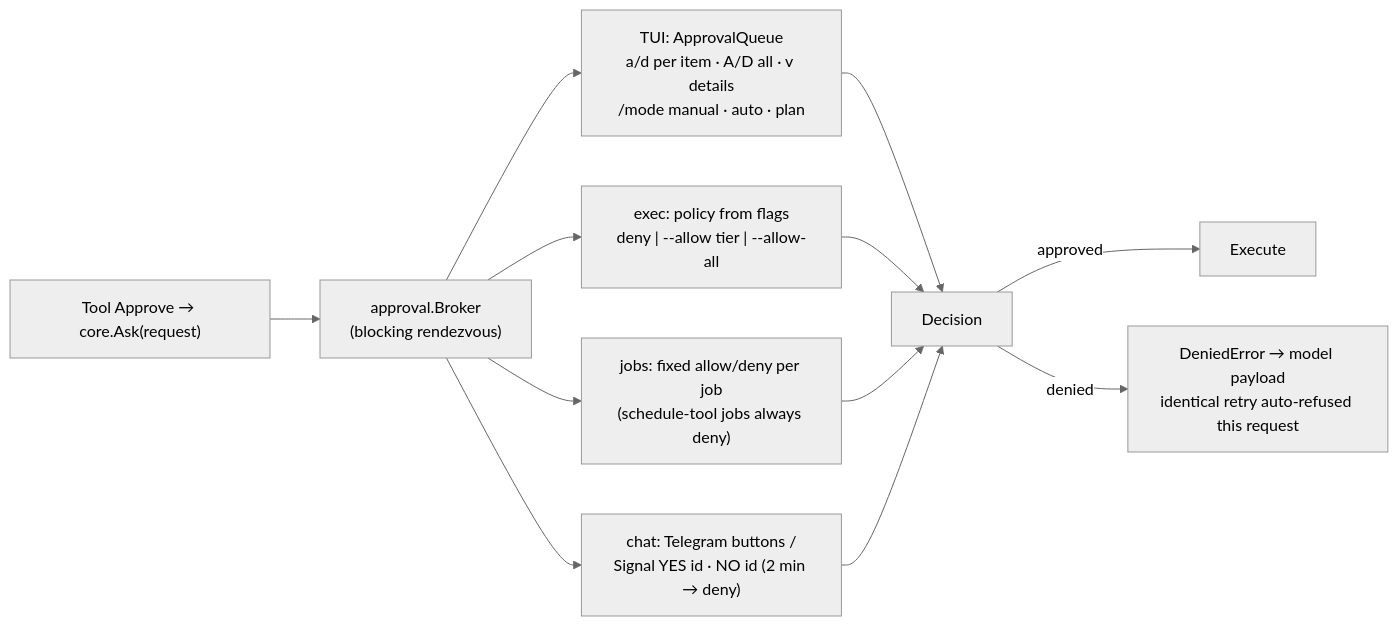
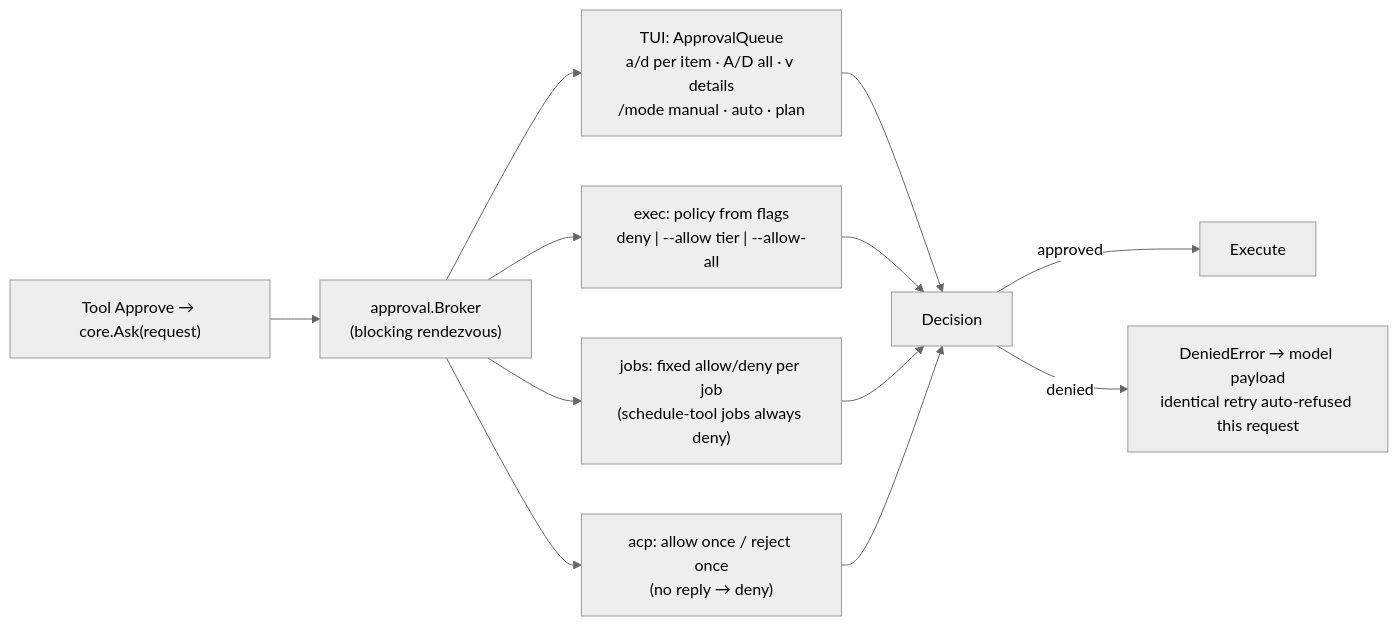
One commit to invokr-agent/invokr changed the seventh of 10 diagrams in docs/onboarding/16-diagrams.md. Above: the diagram before and after it, drawn with Mermaid (neutral theme). The commit also changed other lines of this file and 55 other files, not shown here.

````diff
--- a/docs/onboarding/16-diagrams.md
+++ b/docs/onboarding/16-diagrams.md
@@ -210,13 +210,13 @@
 ```mermaid
 flowchart LR
     tool["Tool Approve → core.Ask(request)"] --> brok["approval.Broker\n(blocking rendezvous)"]
 
     brok --> q["TUI: ApprovalQueue\na/d per item · A/D all · v details\n/mode manual · auto · plan"]
     brok --> ex["exec: policy from flags\ndeny | --allow tier | --allow-all"]
     brok --> jb["jobs: fixed allow/deny per job\n(schedule-tool jobs always deny)"]
-    brok --> ch["chat: Telegram buttons /\nSignal YES id · NO id (2 min → deny)"]
+    brok --> ch["acp: allow once / reject once\n(no reply → deny)"]
 
     q & ex & jb & ch --> dec["Decision"]
     dec -->|approved| run["Execute"]
     dec -->|denied| de["DeniedError → model payload\nidentical retry auto-refused this request"]
 ```
````
